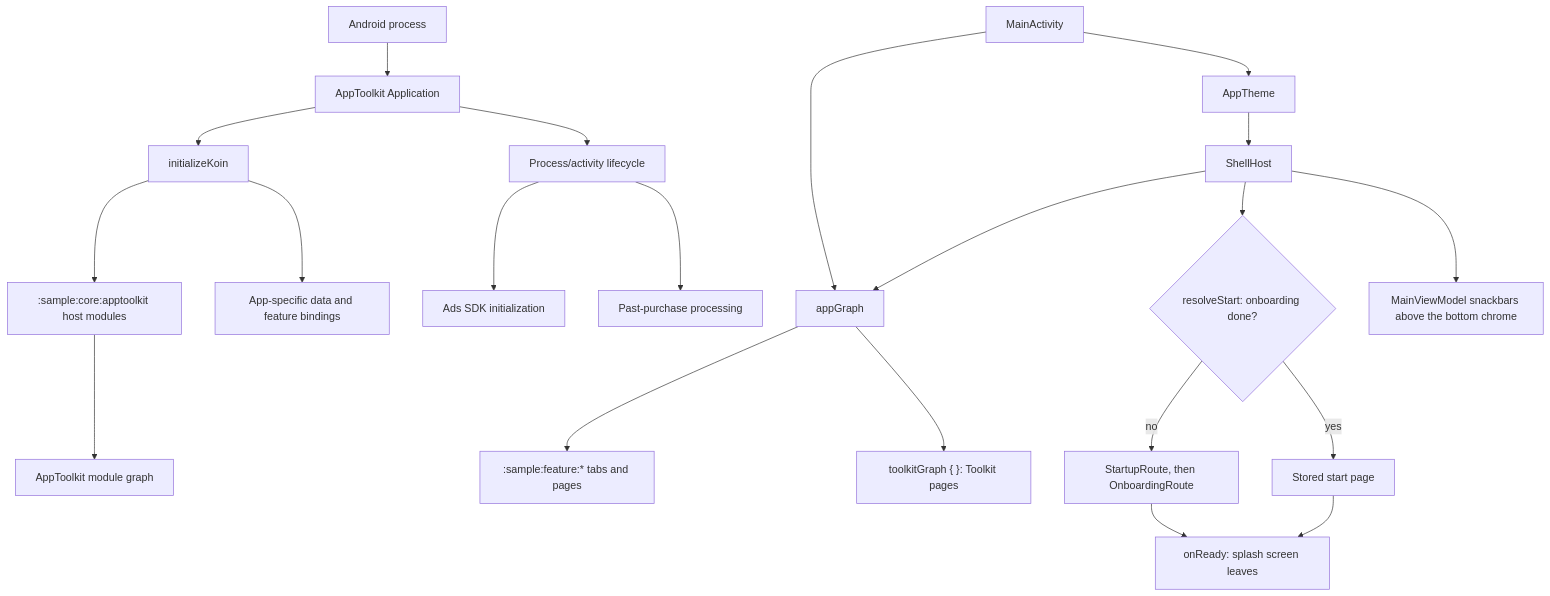
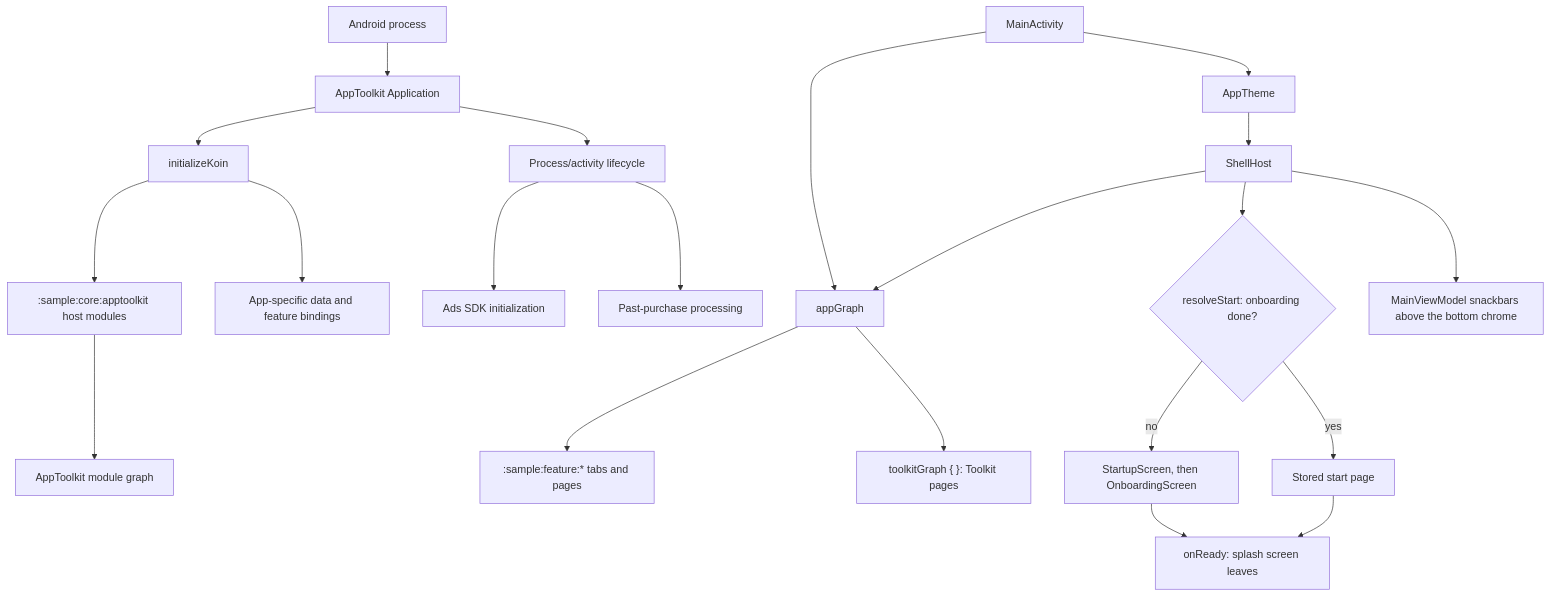
One commit to MihaiCristianCondrea/App-Toolkit-for-Android changed the diagram in sample/app/README.md. Above: the diagram before and after it, drawn with Mermaid. The commit also changed other lines of this file and 125 other files, not shown here.

````diff
--- a/sample/app/README.md
+++ b/sample/app/README.md
@@ -63,23 +63,23 @@
 ```mermaid
 flowchart TD
     Process[Android process] --> App[AppToolkit Application]
     App --> Koin[initializeKoin]
     Koin --> Adapter[":sample:core:apptoolkit host modules"]
     Adapter --> AppToolkit[AppToolkit module graph]
     Koin --> HostModules[App-specific data and feature bindings]
     App --> Lifecycle[Process/activity lifecycle]
     Lifecycle --> Ads[Ads SDK initialization]
     Lifecycle --> Billing[Past-purchase processing]
     Launcher[MainActivity] --> Theme[AppTheme]
     Theme --> Host[ShellHost]
     Launcher --> Graph[appGraph]
     Graph --> HostPages[":sample:feature:* tabs and pages"]
     Graph --> ToolkitPages["toolkitGraph { }: Toolkit pages"]
     Host --> Graph
     Host --> Start{resolveStart: onboarding done?}
-    Start -->|no| FirstRun[StartupRoute, then OnboardingRoute]
+    Start -->|no| FirstRun[StartupScreen, then OnboardingScreen]
     Start -->|yes| Stored[Stored start page]
     FirstRun --> Ready[onReady: splash screen leaves]
     Stored --> Ready
     Host --> Snackbars[MainViewModel snackbars above the bottom chrome]
 ```
````
